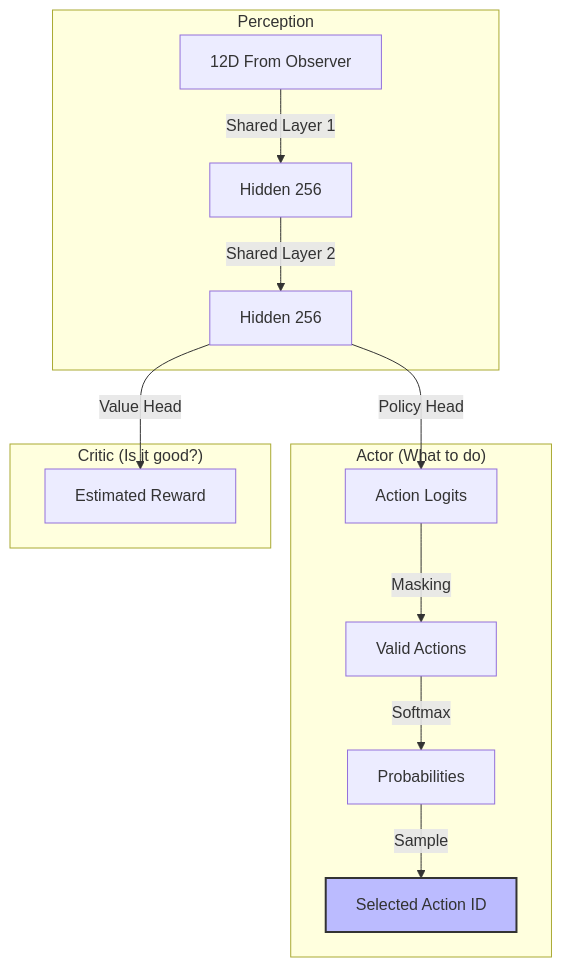
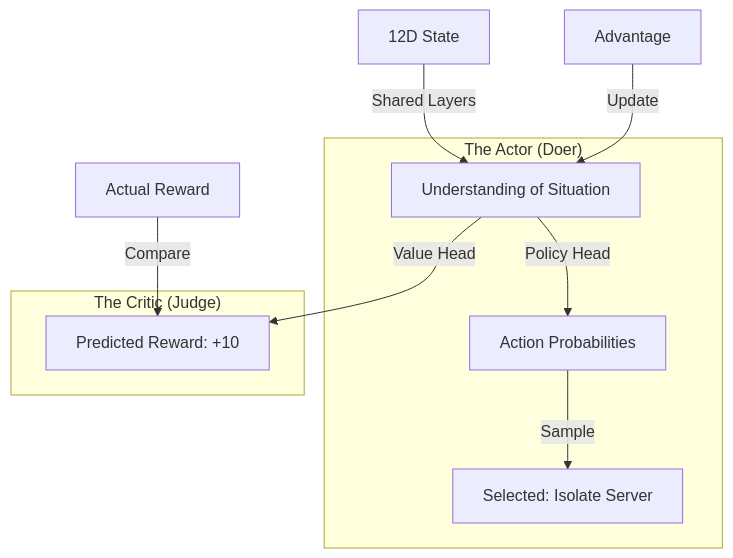
One commit to didi-09/AI_DRIVEN_SOAR changed the fourth of 7 diagrams in README.md. Above: the diagram before and after it, drawn with Mermaid. The commit also changed other lines of this file, not shown here.

````diff
--- a/README.md
+++ b/README.md
@@ -86,20 +88,16 @@
 ```mermaid
 graph TD
-    subgraph "Perception"
-        State[12D From Observer] -->|Shared Layer 1| H1[Hidden 256]
-        H1 -->|Shared Layer 2| H2[Hidden 256]
+    Input["12D State"] -->|Shared Layers| Hidden["Understanding of Situation"]
+
+    subgraph "The Actor (Doer)"
+        Hidden -->|Policy Head| Logits["Action Probabilities"]
+        Logits -->|Sample| Action["Selected: Isolate Server"]
     end
 
-    subgraph "Actor (What to do)"
-        H2 -->|Policy Head| Logits[Action Logits]
-        Logits -->|Masking| Valid[Valid Actions]
-        Valid -->|Softmax| Prob[Probabilities]
-        Prob -->|Sample| Action[Selected Action ID]
+    subgraph "The Critic (Judge)"
+        Hidden -->|Value Head| Value["Predicted Reward: +10"]
     end
 
-    subgraph "Critic (Is it good?)"
-        H2 -->|Value Head| Value[Estimated Reward]
-    end
-    
-    style Action fill:#bbf,stroke:#333,stroke-width:2px
+    Reward["Actual Reward"] -->|Compare| Value
+    Result["Advantage"] -->|Update| Hidden
 ```
````
